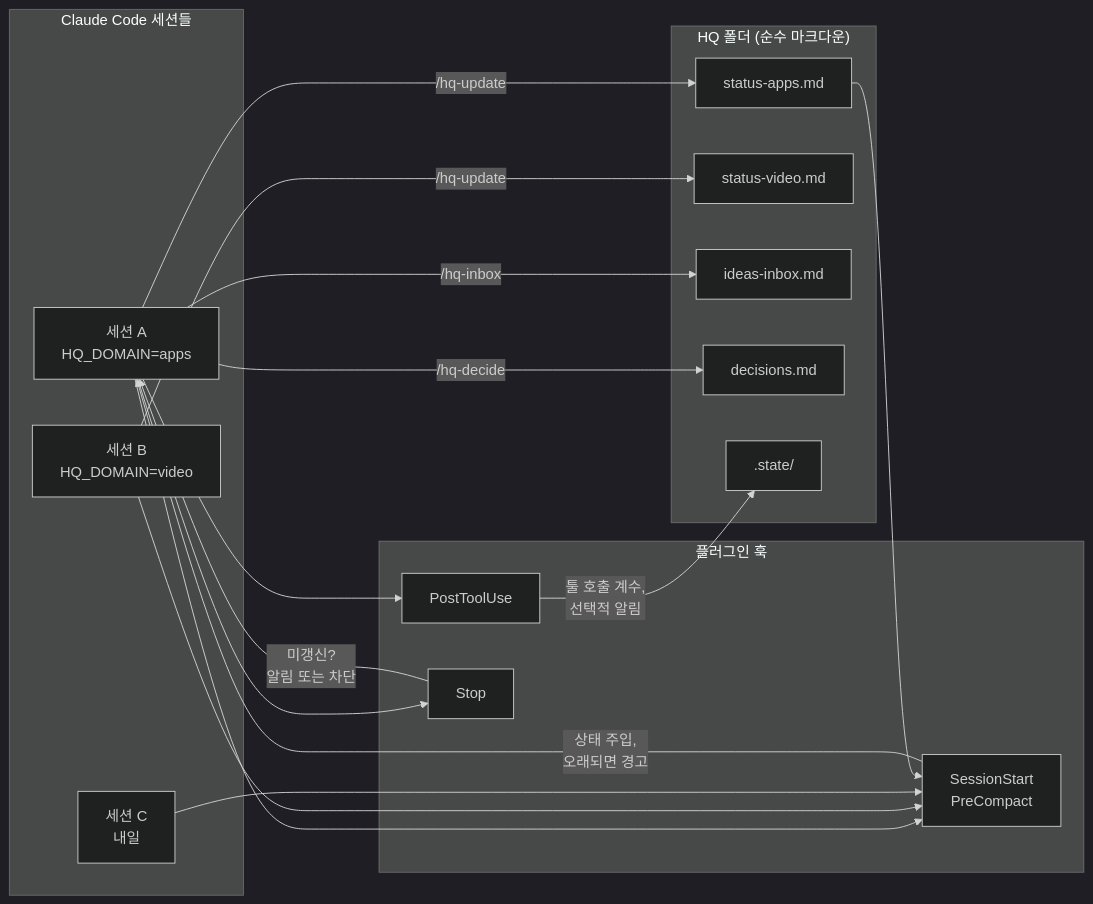
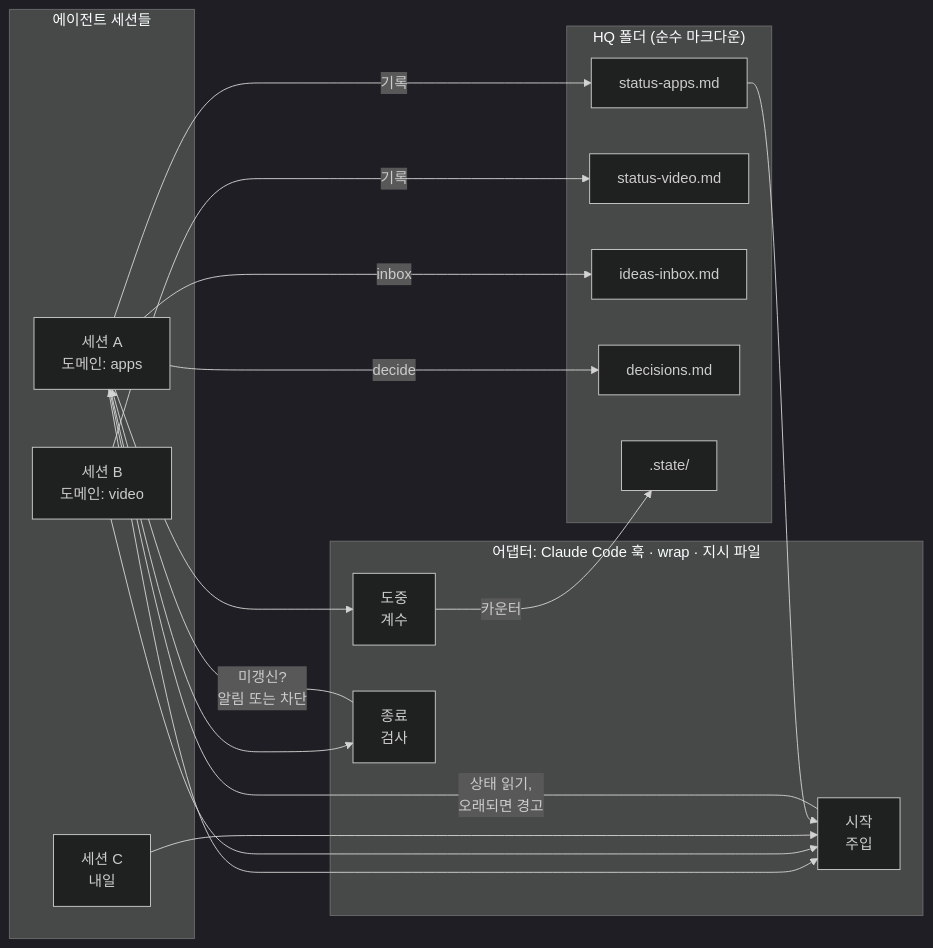
The diagram in README.ko.md (lji151/session-hq), drawn with Mermaid (dark theme) before and after one commit. The commit also changed other lines of this file and 9 other files, not shown here.

First line of the commit message:
docs: reposition as agent-neutral; Claude Code becomes the first adapter

````diff
--- a/README.ko.md
+++ b/README.ko.md
@@ -92,34 +155,34 @@
 ```mermaid
 flowchart LR
-    subgraph sessions["Claude Code 세션들"]
-        S1["세션 A<br/>HQ_DOMAIN=apps"]
-        S2["세션 B<br/>HQ_DOMAIN=video"]
+    subgraph sessions["에이전트 세션들"]
+        S1["세션 A<br/>도메인: apps"]
+        S2["세션 B<br/>도메인: video"]
         S3["세션 C<br/>내일"]
     end
 
-    subgraph hooks["플러그인 훅"]
-        H1["SessionStart<br/>PreCompact"]
-        H2["PostToolUse"]
-        H3["Stop"]
+    subgraph adapters["어댑터: Claude Code 훅 · wrap · 지시 파일"]
+        H1["시작<br/>주입"]
+        H2["도중<br/>계수"]
+        H3["종료<br/>검사"]
     end
 
     subgraph hq["HQ 폴더 (순수 마크다운)"]
         F1["status-apps.md"]
         F2["status-video.md"]
         F3["ideas-inbox.md"]
         F4["decisions.md"]
         F5[".state/"]
     end
 
     S1 & S2 & S3 --> H1
-    H1 -- "상태 주입,<br/>오래되면 경고" --> S1
+    H1 -- "상태 읽기,<br/>오래되면 경고" --> S1
     S1 --> H2
-    H2 -- "툴 호출 계수,<br/>선택적 알림" --> F5
+    H2 -- "카운터" --> F5
     S1 --> H3
     H3 -- "미갱신?<br/>알림 또는 차단" --> S1
-    S1 -- "/hq-update" --> F1
-    S2 -- "/hq-update" --> F2
-    S1 -- "/hq-inbox" --> F3
-    S1 -- "/hq-decide" --> F4
+    S1 -- "기록" --> F1
+    S2 -- "기록" --> F2
+    S1 -- "inbox" --> F3
+    S1 -- "decide" --> F4
     F1 --> H1
 ```
````
